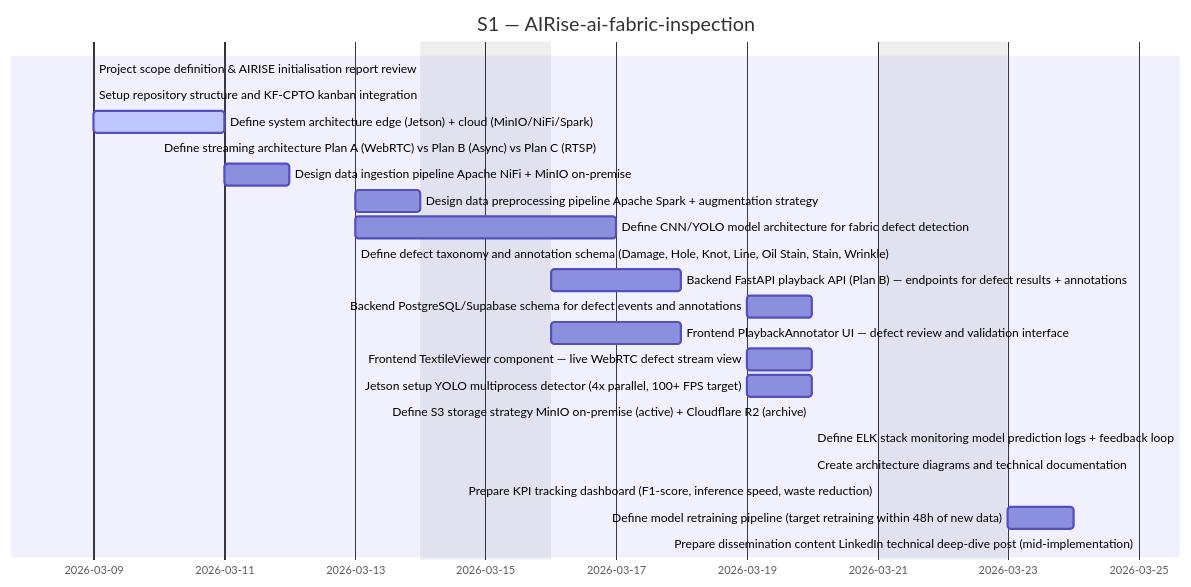
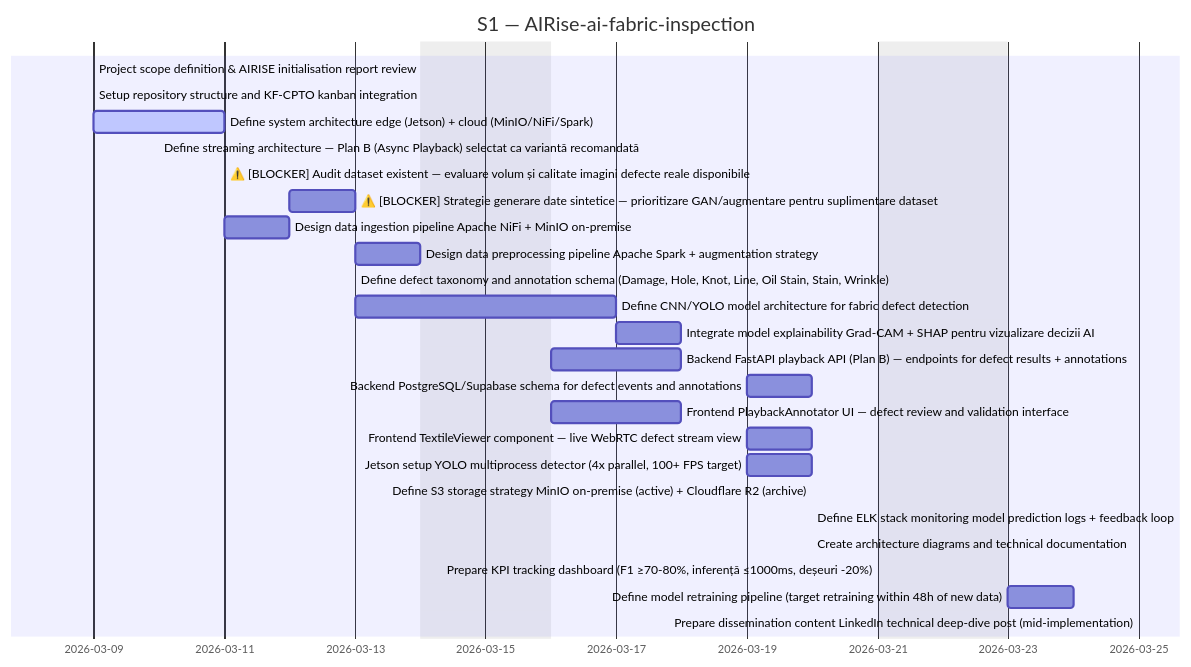
The second of 3 diagrams in docs/_projects/AIRise-ai-fabric-inspection.md (Katty-Fashion/kf-cpto), drawn with Mermaid before and after one commit. The commit also changed other lines of this file and 10 other files, not shown here.

````diff
--- a/docs/_projects/AIRise-ai-fabric-inspection.md
+++ b/docs/_projects/AIRise-ai-fabric-inspection.md
@@ -96,26 +102,29 @@
 ```mermaid
 gantt
     title S1 — AIRise-ai-fabric-inspection
     dateFormat YYYY-MM-DD
     excludes weekends
 
     Project scope definition & AIRISE initialisation report review :done, 2026-03-09, 2026-03-09
     Setup repository structure and KF-CPTO kanban integration :done, 2026-03-09, 2026-03-09
     Define system architecture  edge (Jetson) + cloud (MinIO/NiFi/Spark) :active, 2026-03-09, 2026-03-11
-    Define streaming architecture  Plan A (WebRTC) vs Plan B (Async) vs Plan C (RTSP) :active, 2026-03-10, 2026-03-10
+    Define streaming architecture — Plan B (Async Playback) selectat ca variantă recomandată :active, 2026-03-10, 2026-03-10
+    ⚠️ [BLOCKER] Audit dataset existent — evaluare volum și calitate imagini defecte reale disponibile :active, 2026-03-11, 2026-03-11
+    ⚠️ [BLOCKER] Strategie generare date sintetice — prioritizare GAN/augmentare pentru suplimentare dataset :2026-03-12, 2026-03-13
     Design data ingestion pipeline  Apache NiFi + MinIO on-premise :2026-03-11, 2026-03-12
     Design data preprocessing pipeline  Apache Spark + augmentation strategy :2026-03-13, 2026-03-14
+    Define defect taxonomy and annotation schema (Damage, Hole, Knot, Line, Oil Stain, Stain, Wrinkle) :2026-03-13, 2026-03-13
     Define CNN/YOLO model architecture for fabric defect detection :2026-03-13, 2026-03-17
-    Define defect taxonomy and annotation schema (Damage, Hole, Knot, Line, Oil Stain, Stain, Wrinkle) :2026-03-13, 2026-03-13
+    Integrate model explainability  Grad-CAM + SHAP pentru vizualizare decizii AI :2026-03-17, 2026-03-18
     Backend  FastAPI playback API (Plan B) — endpoints for defect results + annotations :2026-03-16, 2026-03-18
     Backend  PostgreSQL/Supabase schema for defect events and annotations :2026-03-19, 2026-03-20
     Frontend  PlaybackAnnotator UI — defect review and validation interface :2026-03-16, 2026-03-18
     Frontend  TextileViewer component — live WebRTC defect stream view :2026-03-19, 2026-03-20
     Jetson setup  YOLO multiprocess detector (4x parallel, 100+ FPS target) :2026-03-19, 2026-03-20
     Define S3 storage strategy  MinIO on-premise (active) + Cloudflare R2 (archive) :2026-03-20, 2026-03-20
     Define ELK stack monitoring  model prediction logs + feedback loop :2026-03-20, 2026-03-20
     Create architecture diagrams and technical documentation :2026-03-20, 2026-03-20
-    Prepare KPI tracking dashboard (F1-score, inference speed, waste reduction) :2026-03-21, 2026-03-21
+    Prepare KPI tracking dashboard (F1 ≥70-80%, inferență ≤1000ms, deșeuri -20%) :2026-03-21, 2026-03-21
     Define model retraining pipeline (target  retraining within 48h of new data) :2026-03-23, 2026-03-24
     Prepare dissemination content  LinkedIn technical deep-dive post (mid-implementation) :2026-03-25, 2026-03-25
 ```
````
